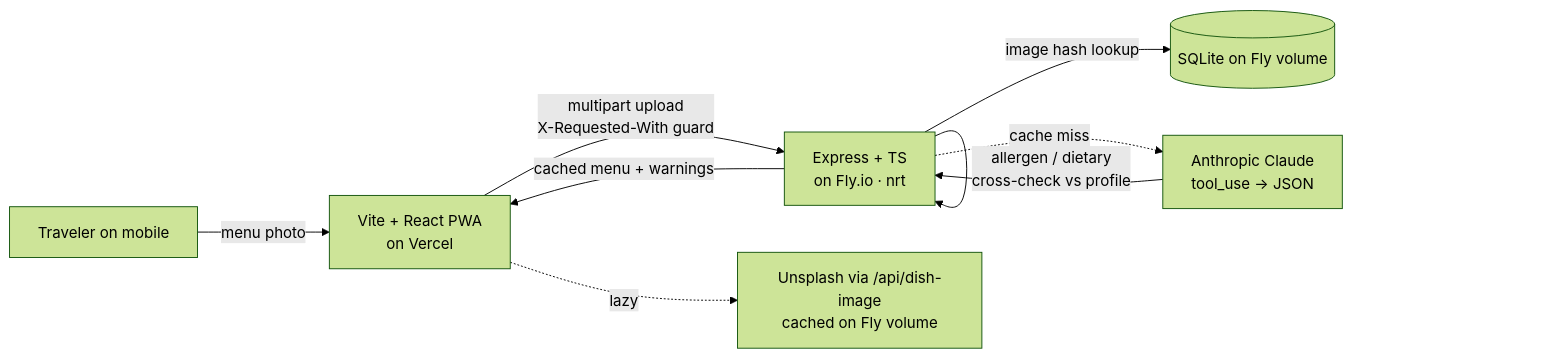
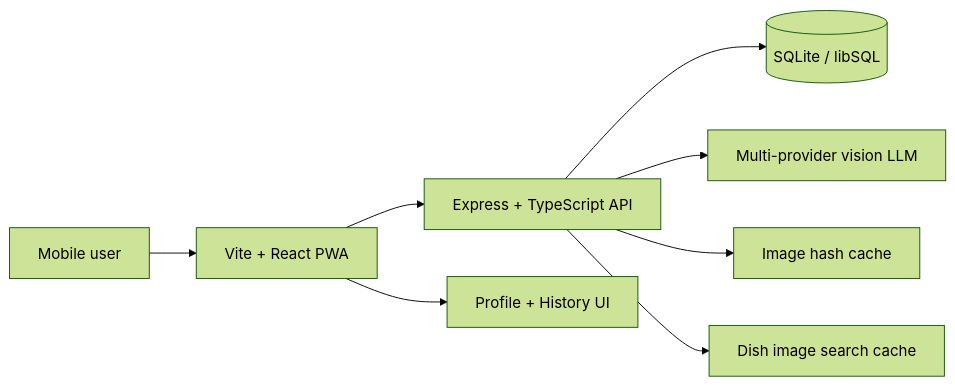
The diagram in README.md (txxh-z/as-your-dish), drawn with Mermaid (forest theme) before and after one commit. The commit also changed other lines of this file and 7 other files, not shown here.

````diff
--- a/README.md
+++ b/README.md
@@ -33,11 +64,10 @@
 ```mermaid
 flowchart LR
-  user[Traveler on mobile] -->|menu photo| frontend[Vite + React PWA<br/>on Vercel]
-  frontend -->|multipart upload<br/>X-Requested-With guard| api[Express + TS<br/>on Fly.io · nrt]
-  api -->|image hash lookup| db[(SQLite on Fly volume)]
-  api -.->|cache miss| llm[Anthropic Claude<br/>tool_use → JSON]
-  llm --> api
-  api -->|allergen / dietary<br/>cross-check vs profile| api
-  api -->|cached menu + warnings| frontend
-  frontend -.->|lazy| dishImg[Unsplash via /api/dish-image<br/>cached on Fly volume]
+  user[Mobile user] --> frontend[Vite + React PWA]
+  frontend --> api[Express + TypeScript API]
+  api --> db[(SQLite / libSQL)]
+  api --> llm[Multi-provider vision LLM]
+  api --> cache[Image hash cache]
+  api --> image[Dish image search cache]
+  frontend --> history[Profile + History UI]
 ```
````
